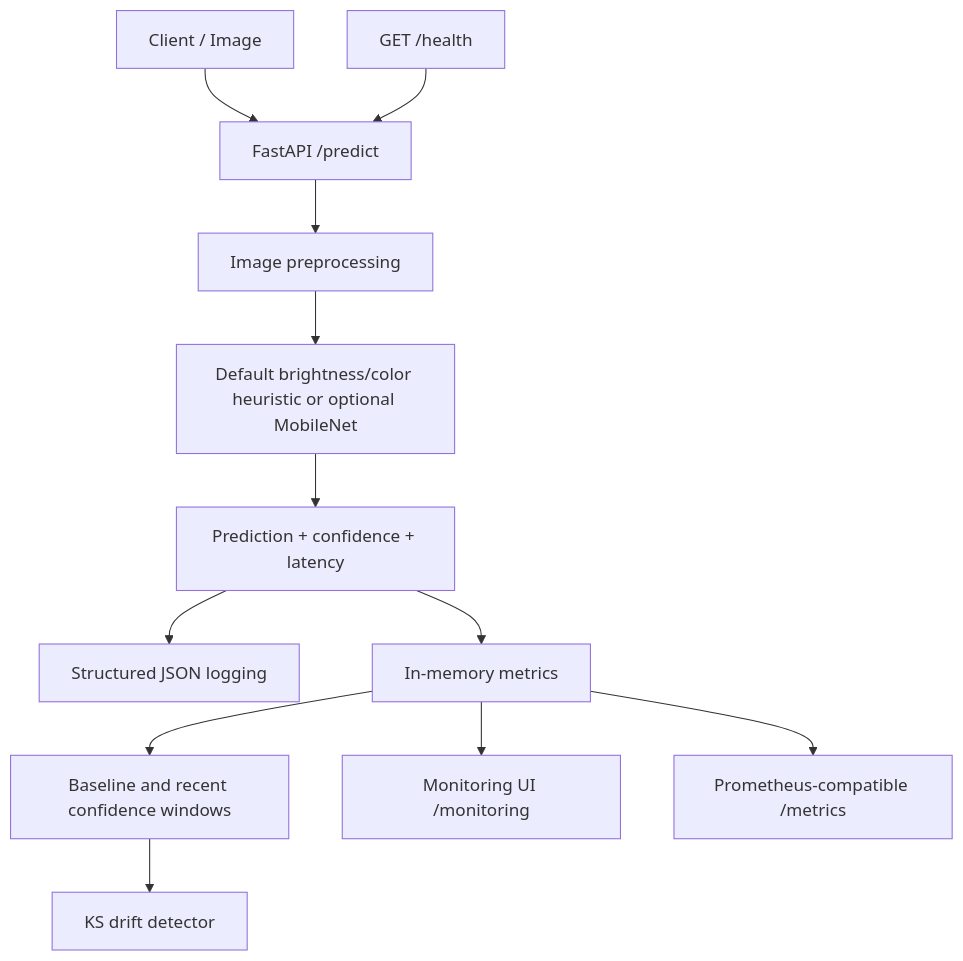
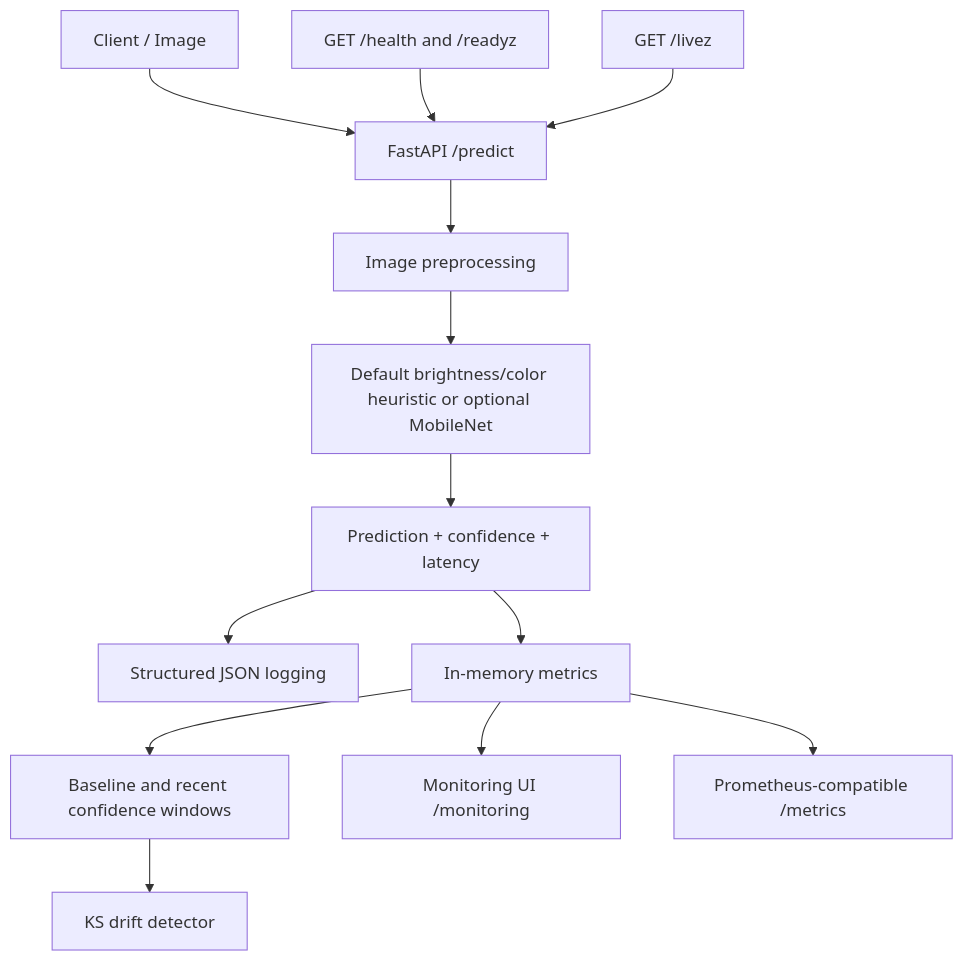
Before and after one commit to SulemanQB/ml-api-monitor: the diagram in diagrams/architecture.mmd, drawn with Mermaid. The commit also changed 23 other files, not shown here.

```diff
--- a/diagrams/architecture.mmd
+++ b/diagrams/architecture.mmd
@@ -1,12 +1,13 @@
 flowchart TD
     A[Client / Image] --> B[FastAPI /predict]
     B --> C[Image preprocessing]
     C --> D[Default brightness/color heuristic or optional MobileNet]
     D --> E[Prediction + confidence + latency]
     E --> F[Structured JSON logging]
     E --> G[In-memory metrics]
     G --> H[Baseline and recent confidence windows]
     H --> I[KS drift detector]
     G --> J[Monitoring UI /monitoring]
     G --> K[Prometheus-compatible /metrics]
-    L[GET /health] --> B
+    L[GET /health and /readyz] --> B
+    M[GET /livez] --> B
```
